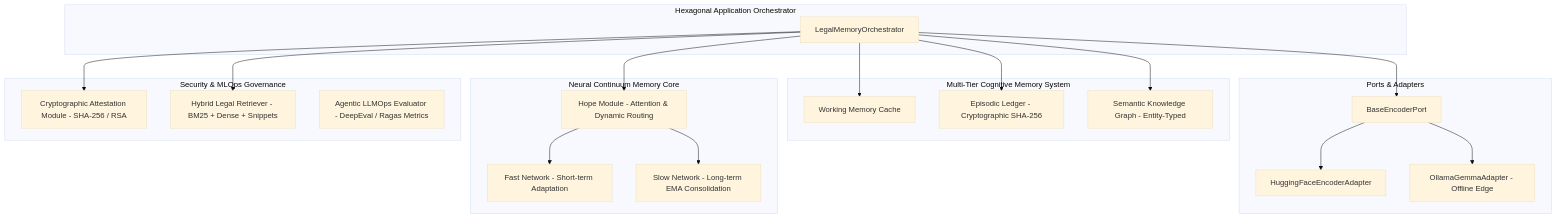
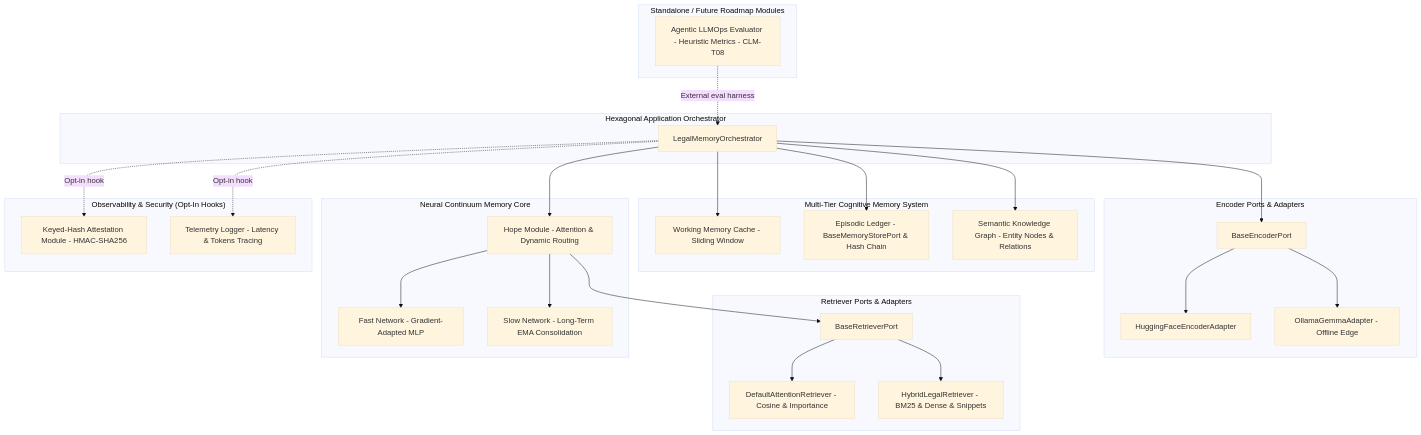
Before and after one commit to vfcarida/continuous-legal-memory: the diagram in README.md, drawn with Mermaid (base theme). The commit also changed other lines of this file and 33 other files, not shown here.

````diff
--- a/README.md
+++ b/README.md
@@ -14,36 +14,46 @@
 ```mermaid
 graph TD
     subgraph "Hexagonal Application Orchestrator"
         A[LegalMemoryOrchestrator]
     end
 
-    subgraph "Ports & Adapters"
+    subgraph "Encoder Ports & Adapters"
         B[BaseEncoderPort] --> C[HuggingFaceEncoderAdapter]
         B --> D[OllamaGemmaAdapter - Offline Edge]
     end
 
+    subgraph "Retriever Ports & Adapters"
+        R[BaseRetrieverPort] --> R1[DefaultAttentionRetriever - Cosine & Importance]
+        R --> R2[HybridLegalRetriever - BM25 & Dense & Snippets]
+    end
+
     subgraph "Multi-Tier Cognitive Memory System"
-        E[Working Memory Cache]
-        F[Episodic Ledger - Cryptographic SHA-256]
-        G[Semantic Knowledge Graph - Entity-Typed]
+        E[Working Memory Cache - Sliding Window]
+        F[Episodic Ledger - BaseMemoryStorePort & Hash Chain]
+        G[Semantic Knowledge Graph - Entity Nodes & Relations]
     end
 
     subgraph "Neural Continuum Memory Core"
-        H[Hope Module - Attention & Dynamic Routing] --> I[Fast Network - Short-term Adaptation]
-        H --> J[Slow Network - Long-term EMA Consolidation]
+        H[Hope Module - Attention & Dynamic Routing] --> I[Fast Network - Gradient-Adapted MLP]
+        H --> J[Slow Network - Long-Term EMA Consolidation]
     end
 
-    subgraph "Security & MLOps Governance"
-        K[Cryptographic Attestation Module - SHA-256 / RSA]
-        L[Hybrid Legal Retriever - BM25 + Dense + Snippets]
-        M[Agentic LLMOps Evaluator - DeepEval / Ragas Metrics]
+    subgraph "Observability & Security (Opt-In Hooks)"
+        K[Keyed-Hash Attestation Module - HMAC-SHA256]
+        T[Telemetry Logger - Latency & Tokens Tracing]
+    end
+
+    subgraph "Standalone / Future Roadmap Modules"
+        M[Agentic LLMOps Evaluator - Heuristic Metrics - CLM-T08]
     end
 
     A --> B
     A --> E
     A --> F
     A --> G
     A --> H
-    A --> K
-    A --> L
+    H --> R
+    A -.->|Opt-in hook| K
+    A -.->|Opt-in hook| T
+    M -.->|External eval harness| A
 ```
````
